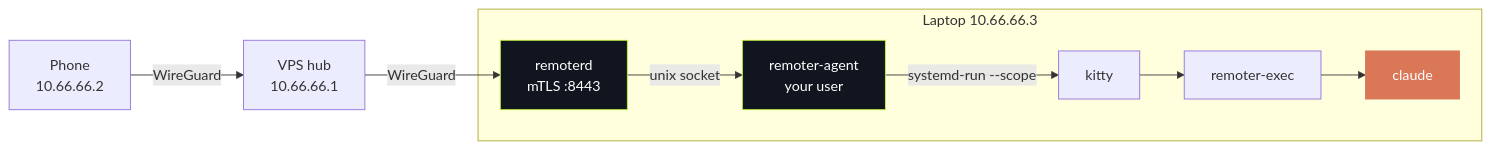
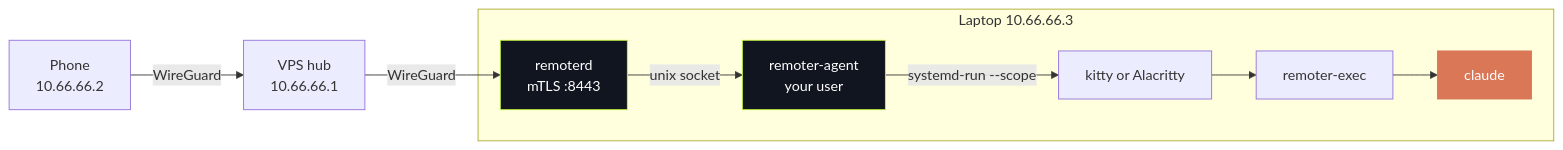
One commit to riveerxd/remoter changed the diagram in README.md. Above: the diagram before and after it, drawn with Mermaid. The commit also changed other lines of this file and 1 other file, not shown here.

````diff
--- a/README.md
+++ b/README.md
@@ -126,13 +126,13 @@
 ```mermaid
 flowchart LR
     P["Phone<br/>10.66.66.2"] -->|WireGuard| V["VPS hub<br/>10.66.66.1"]
     V -->|WireGuard| D["remoterd<br/>mTLS :8443"]
     subgraph L["Laptop 10.66.66.3"]
         D -->|unix socket| A["remoter-agent<br/>your user"]
-        A -->|systemd-run --scope| K["kitty"]
+        A -->|systemd-run --scope| K["kitty or Alacritty"]
         K --> X["remoter-exec"] --> C["claude"]
     end
     style D fill:#11151f,stroke:#C3F53C,color:#ffffff
     style A fill:#11151f,stroke:#C3F53C,color:#ffffff
     style C fill:#D97757,stroke:#D97757,color:#ffffff
 ```
````
